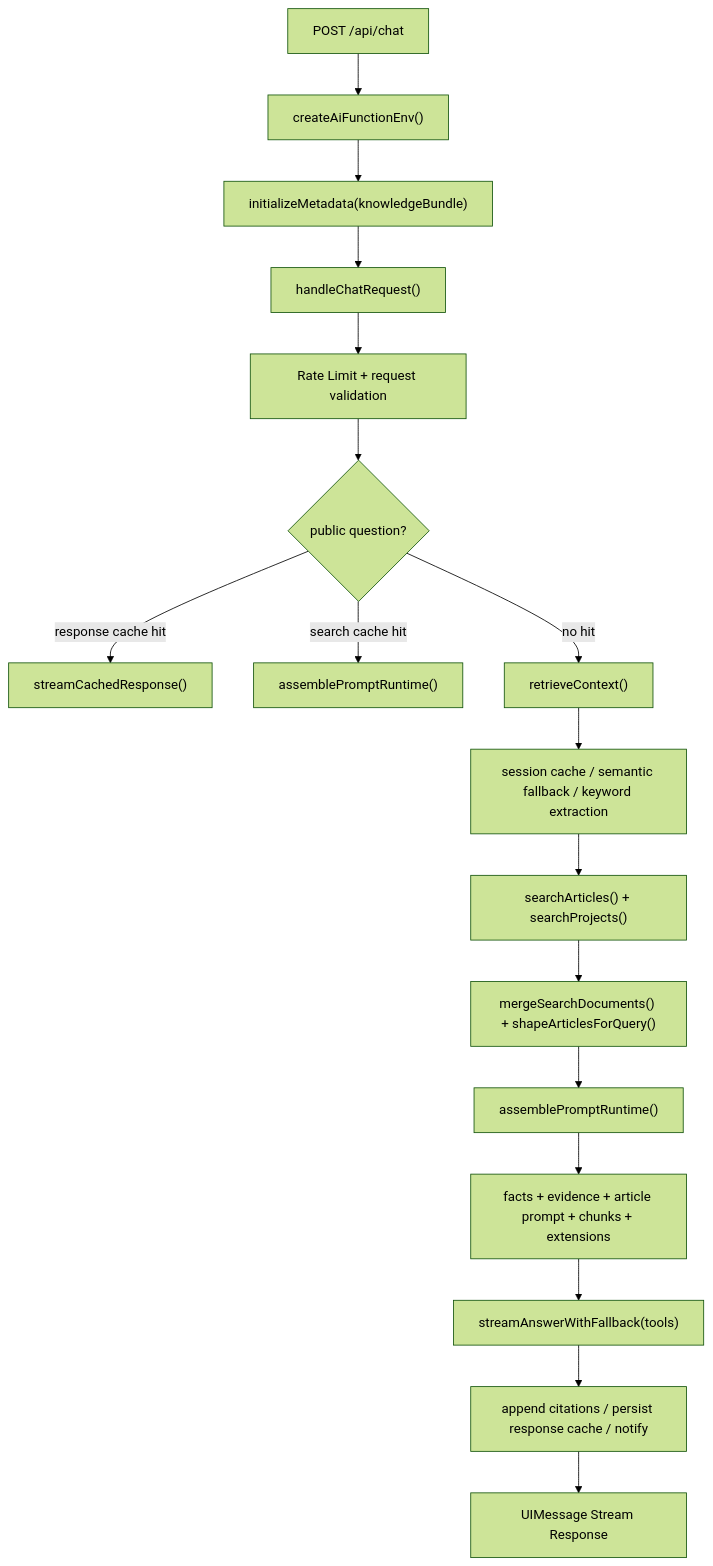
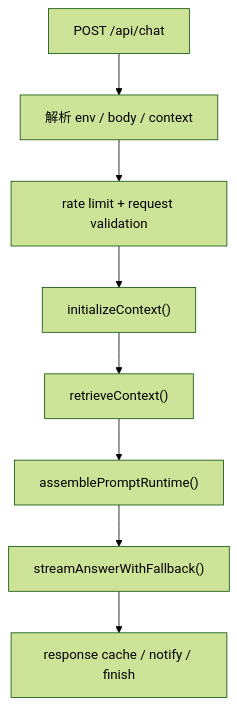
The second of 12 diagrams in apps/blog/src/data/blog/zh/ai-module-architecture.md (souloss/astro-minblog), drawn with Mermaid (forest theme) before and after one commit. The commit also changed other lines of this file and 40 other files, not shown here.

````diff
--- a/apps/blog/src/data/blog/zh/ai-module-architecture.md
+++ b/apps/blog/src/data/blog/zh/ai-module-architecture.md
@@ -492,19 +287,10 @@
 ```mermaid
 flowchart TB
-    A["POST /api/chat"] --> B["createAiFunctionEnv()"]
-    B --> C["initializeMetadata(knowledgeBundle)"]
-    C --> D["handleChatRequest()"]
-    D --> E["Rate Limit + request validation"]
-    E --> F{"public question?"}
-    F -->|response cache hit| G["streamCachedResponse()"]
-    F -->|search cache hit| H["assemblePromptRuntime()"]
-    F -->|no hit| I["retrieveContext()"]
-    I --> J["session cache / semantic fallback / keyword extraction"]
-    J --> K["searchArticles() + searchProjects()"]
-    K --> L["mergeSearchDocuments() + shapeArticlesForQuery()"]
-    L --> M["assemblePromptRuntime()"]
-    M --> N["facts + evidence + article prompt + chunks + extensions"]
-    N --> O["streamAnswerWithFallback(tools)"]
-    O --> P["append citations / persist response cache / notify"]
-    P --> Q["UIMessage Stream Response"]
+    A["POST /api/chat"] --> B["解析 env / body / context"]
+    B --> C["rate limit + request validation"]
+    C --> D["initializeContext()"]
+    D --> E["retrieveContext()"]
+    E --> F["assemblePromptRuntime()"]
+    F --> G["streamAnswerWithFallback()"]
+    G --> H["response cache / notify / finish"]
 ```
````
